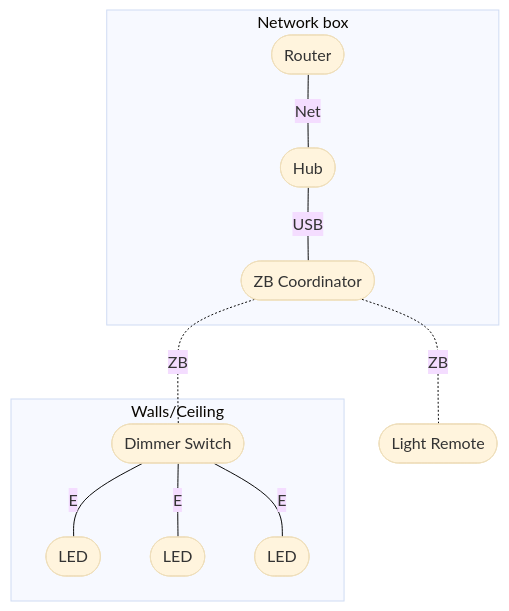
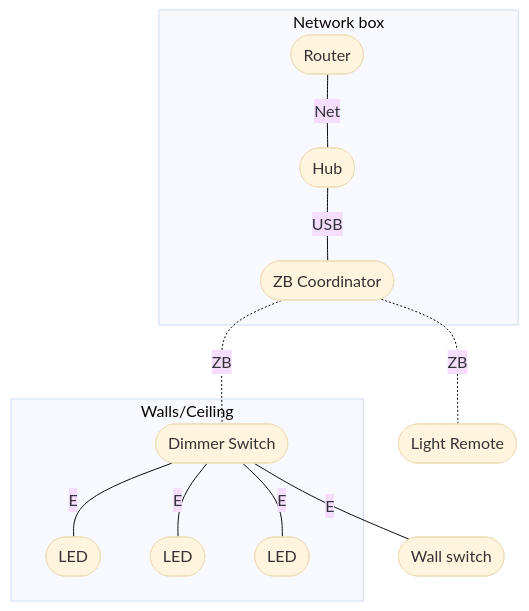
The diagram in content/note/connected-home-switches.md (freenandes/topo-da-mente), drawn with Mermaid (base theme) before and after one commit.

Commit message:
Dec 15, 2023, 3:59 PM

````diff
--- a/content/note/connected-home-switches.md
+++ b/content/note/connected-home-switches.md
@@ -59,15 +59,16 @@
 ```mermaid
 flowchart TB
 subgraph nwb[Network box]
     iro([Router]) --Net---
     hub([Hub]) --USB---
     coo([ZB Coordinator])
 end
 coo -.ZB.- rem([Light Remote])
 subgraph con[Walls/Ceiling]
     dsw([Dimmer Switch]) --E--- ll1([LED])
     dsw --E--- ll2([LED])
     dsw --E--- ll3([LED])
 end 
+dsw --E--- wls([Wall switch])
 coo -.ZB.- dsw
 ```
````
